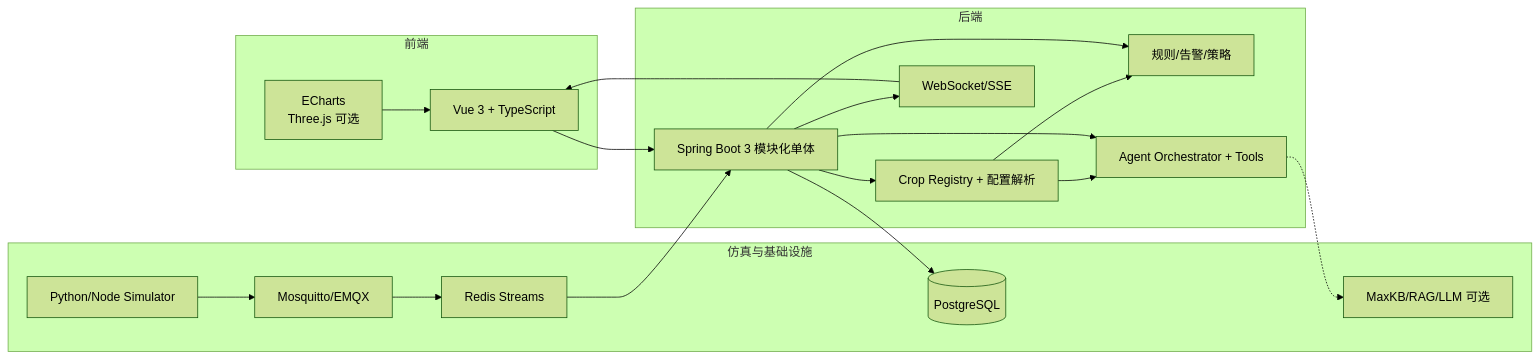
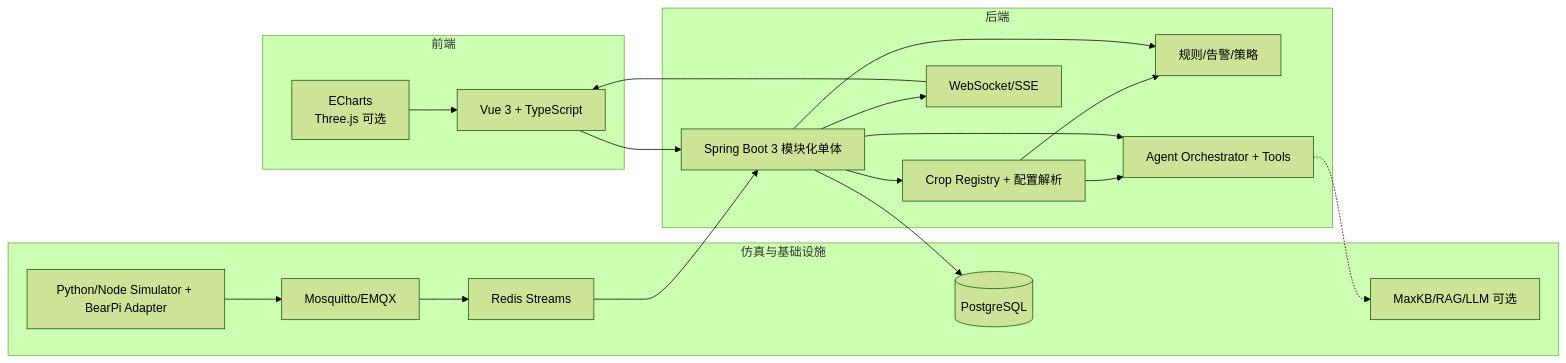
One commit to FlowerNeverFade/smart-agriculture changed the second of 3 diagrams in README.md. Above: the diagram before and after it, drawn with Mermaid (forest theme). The commit also changed other lines of this file and 19 other files, not shown here.

````diff
--- a/README.md
+++ b/README.md
@@ -153,33 +160,33 @@
 ```mermaid
 flowchart LR
     subgraph Frontend[前端]
       WEB[Vue 3 + TypeScript]
       CHART[ECharts\nThree.js 可选]
     end
     subgraph Backend[后端]
       API[Spring Boot 3 模块化单体]
       CROP[Crop Registry + 配置解析]
       RULE[规则/告警/策略]
       AGENT[Agent Orchestrator + Tools]
       PUSH[WebSocket/SSE]
     end
     subgraph Infra[仿真与基础设施]
-      SIM[Python/Node Simulator]
+      SIM[Python/Node Simulator + BearPi Adapter]
       MQTT[Mosquitto/EMQX]
       STREAM[Redis Streams]
       PG[(PostgreSQL)]
       KB[MaxKB/RAG/LLM 可选]
     end
     WEB --> API
     CHART --> WEB
     API --> CROP
     CROP --> RULE
     CROP --> AGENT
     API --> RULE
     API --> AGENT
     API --> PUSH
     SIM --> MQTT --> STREAM --> API
     API --> PG
     AGENT -.-> KB
     PUSH --> WEB
 ```
````
